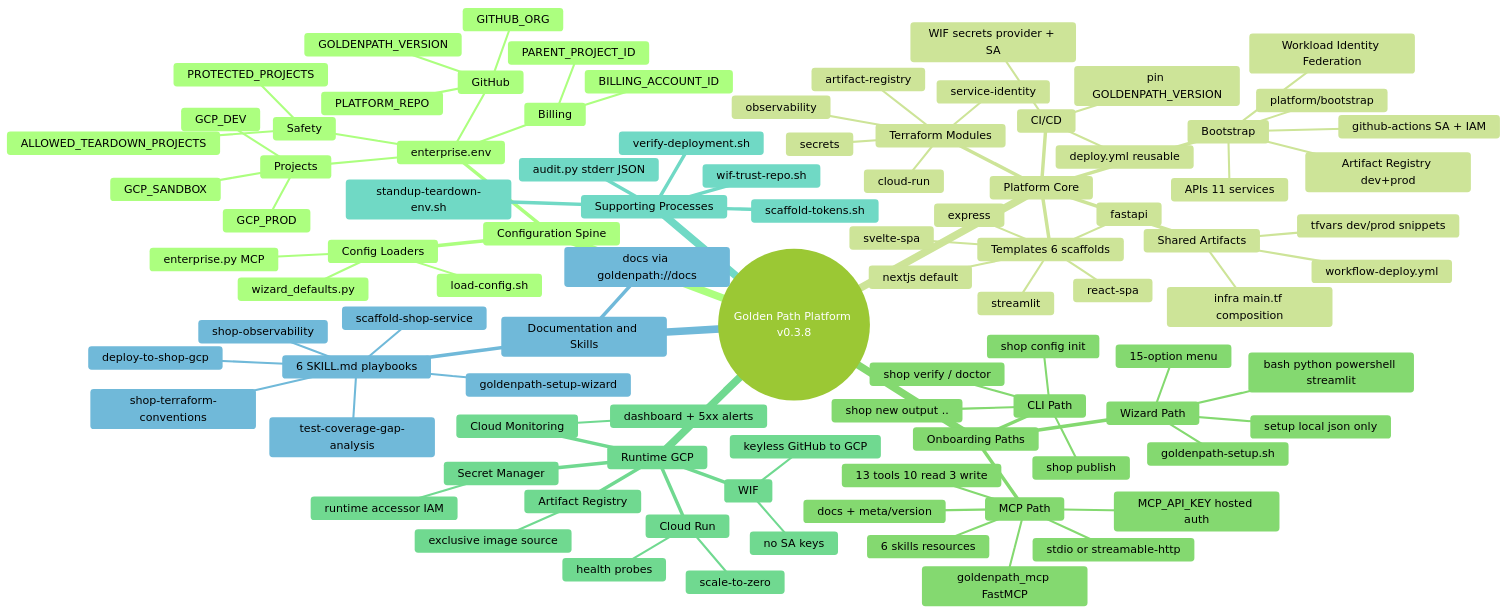
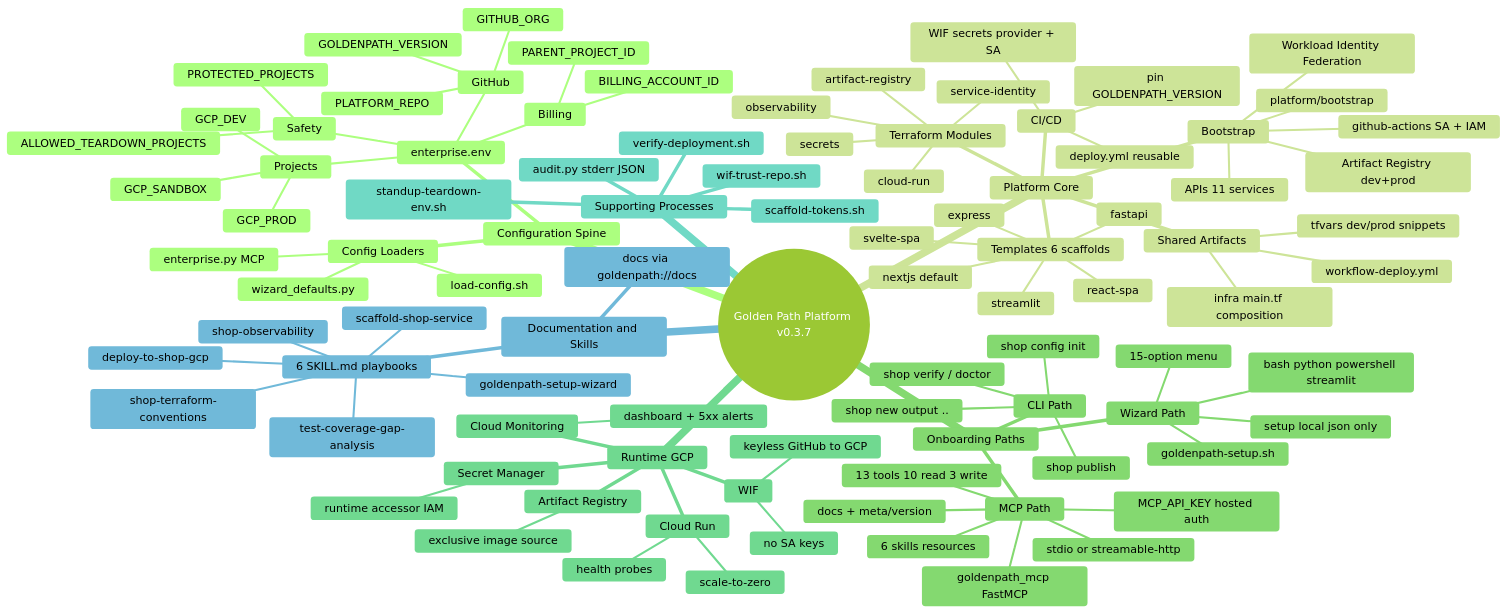
Before and after one commit to jonathannevarez-sc/goldenpath: the first of 2 diagrams in docs/executive-briefing/present/golden-path-platform-mindmap.md, drawn with Mermaid (forest theme). The commit also changed other lines of this file and 44 other files, not shown here.

````diff
--- a/docs/executive-briefing/present/golden-path-platform-mindmap.md
+++ b/docs/executive-briefing/present/golden-path-platform-mindmap.md
@@ -11,6 +11,6 @@
 ```mermaid
 mindmap
-  root((Golden Path Platform v0.3.8))
+  root((Golden Path Platform v0.3.7))
     Configuration Spine
       enterprise.env
         Billing
````
